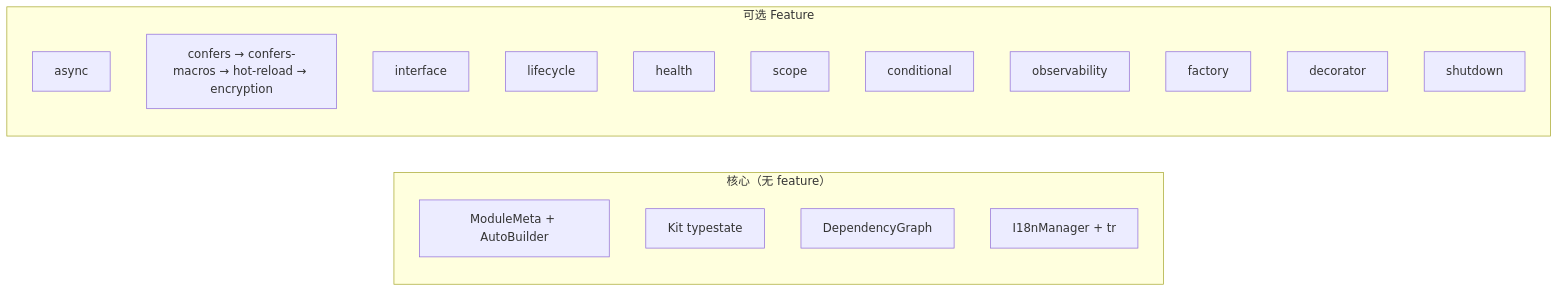
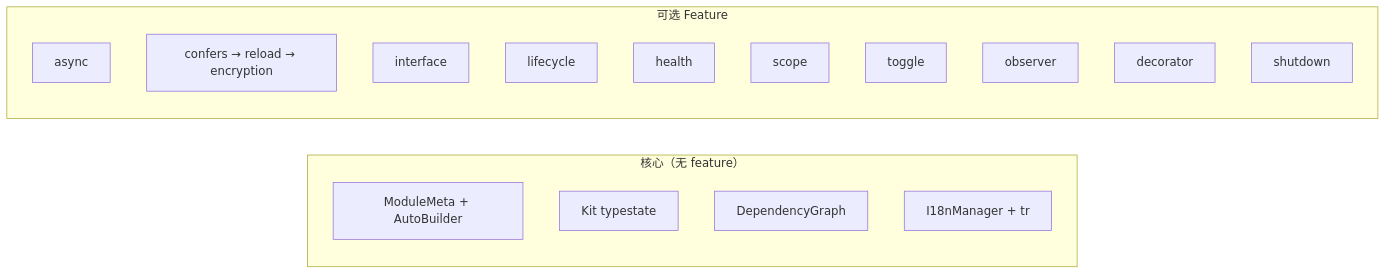
One commit to Kirky-X/trait-kit changed the second of 4 diagrams in docs/ARCHITECTURE.md. Above: the diagram before and after it, drawn with Mermaid. The commit also changed 25 other files, not shown here.

````diff
--- a/docs/ARCHITECTURE.md
+++ b/docs/ARCHITECTURE.md
@@ -104,23 +104,22 @@
 ```mermaid
 graph LR
     subgraph 核心["核心（无 feature）"]
         C1[ModuleMeta + AutoBuilder]
         C2[Kit typestate]
         C3[DependencyGraph]
         C4[I18nManager + tr]
     end
 
     subgraph 可选["可选 Feature"]
         F1[async]
-        F2[confers → confers-macros → hot-reload → encryption]
+        F2[confers → reload → encryption]
         F3[interface]
         F4[lifecycle]
         F5[health]
         F6[scope]
-        F7[conditional]
-        F8[observability]
-        F9[factory]
+        F7[toggle]
+        F8[observer]
         F10[decorator]
         F11[shutdown]
     end
 ```
````
